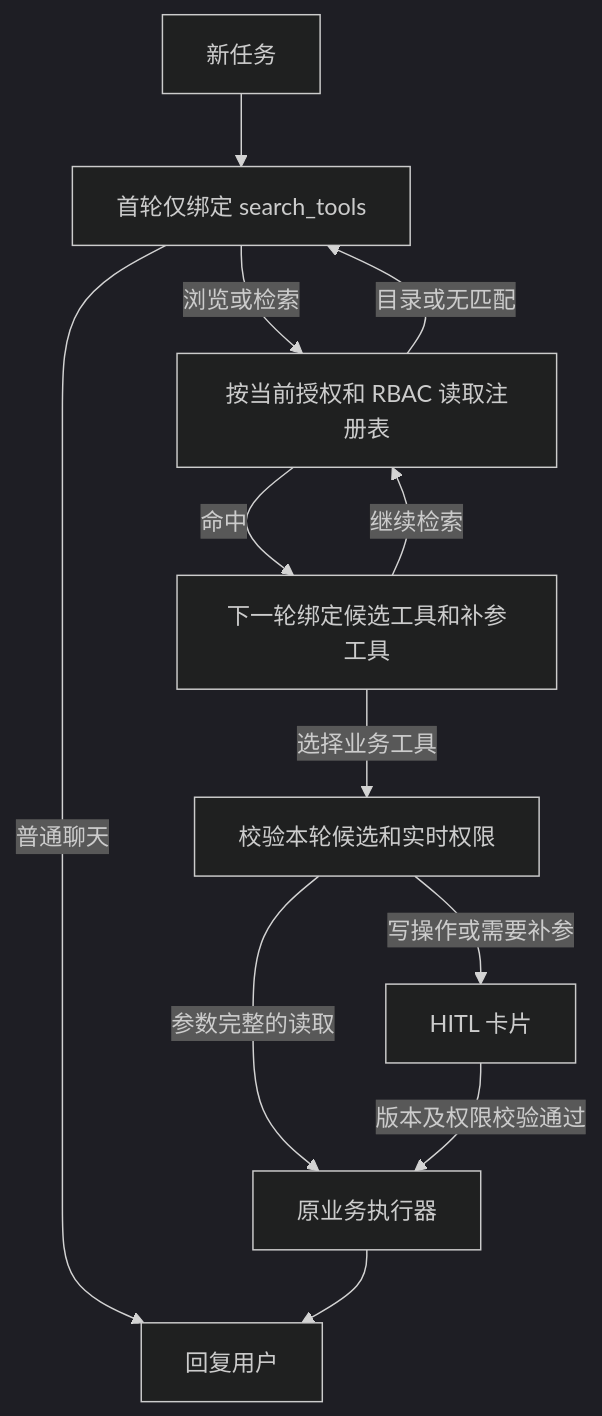
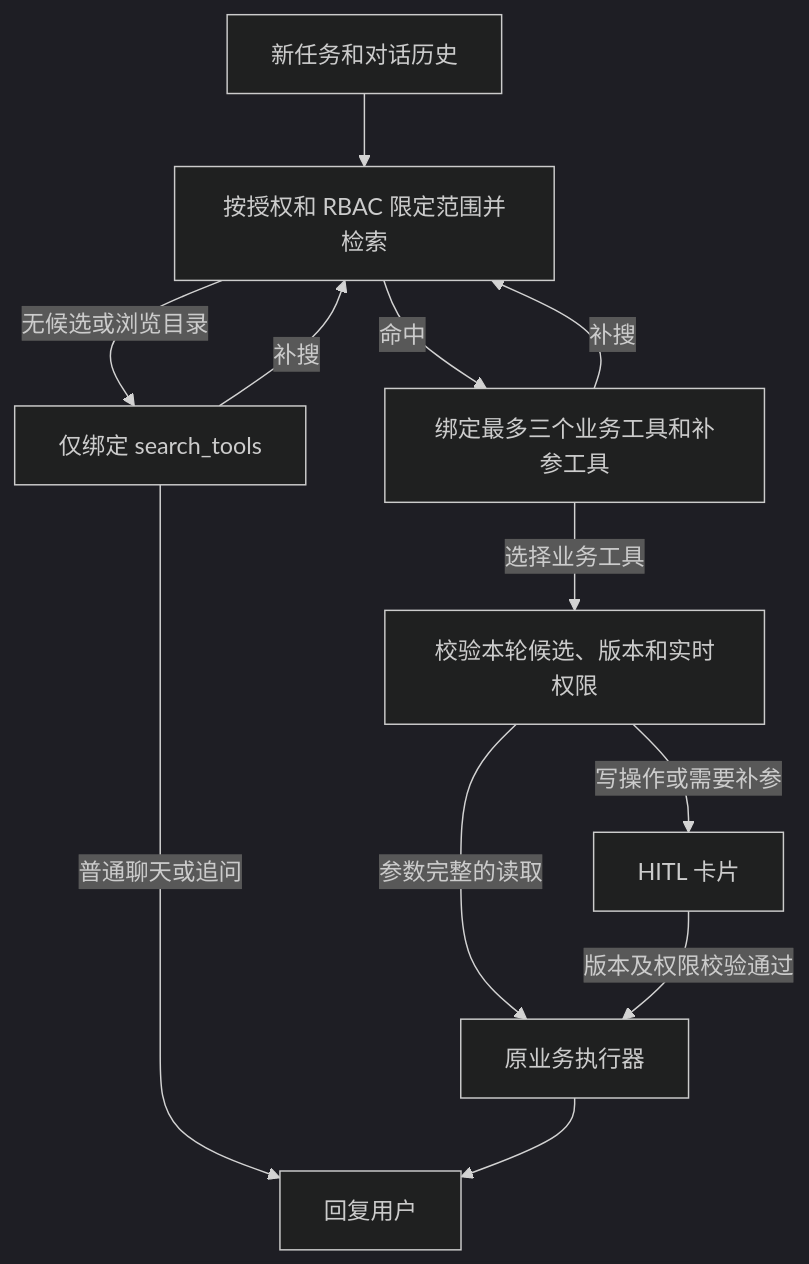
Before and after one commit to GHjiejie/Z: the diagram in agent_permissions/docs/tool-discovery.md, drawn with Mermaid (dark theme). The commit also changed other lines of this file and 12 other files, not shown here.

````diff
--- a/agent_permissions/docs/tool-discovery.md
+++ b/agent_permissions/docs/tool-discovery.md
@@ -21,14 +25,14 @@
 ```mermaid
 flowchart TD
-    A[新任务] --> B[首轮仅绑定 search_tools]
-    B -->|普通聊天| Z[回复用户]
-    B -->|浏览或检索| C[按当前授权和 RBAC 读取注册表]
-    C -->|目录或无匹配| B
-    C -->|命中| D[下一轮绑定候选工具和补参工具]
-    D -->|继续检索| C
-    D -->|选择业务工具| E[校验本轮候选和实时权限]
+    A[新任务和对话历史] --> C[按授权和 RBAC 限定范围并检索]
+    C -->|无候选或浏览目录| B[仅绑定 search_tools]
+    C -->|命中| D[绑定最多三个业务工具和补参工具]
+    B -->|普通聊天或追问| Z[回复用户]
+    B -->|补搜| C
+    D -->|补搜| C
+    D -->|选择业务工具| E[校验本轮候选、版本和实时权限]
     E -->|参数完整的读取| F[原业务执行器]
     E -->|写操作或需要补参| H[HITL 卡片]
     H -->|版本及权限校验通过| F
     F --> Z
 ```
````
